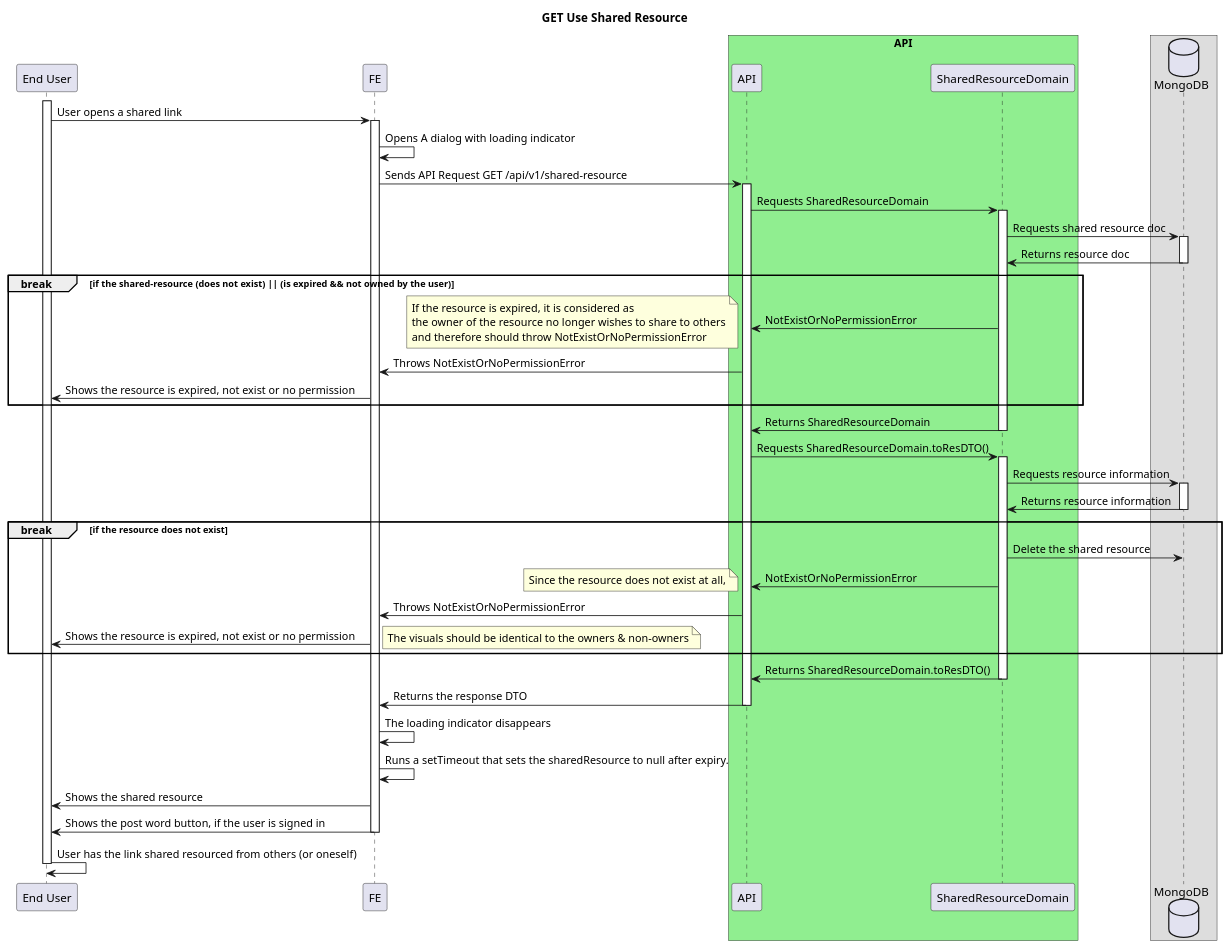
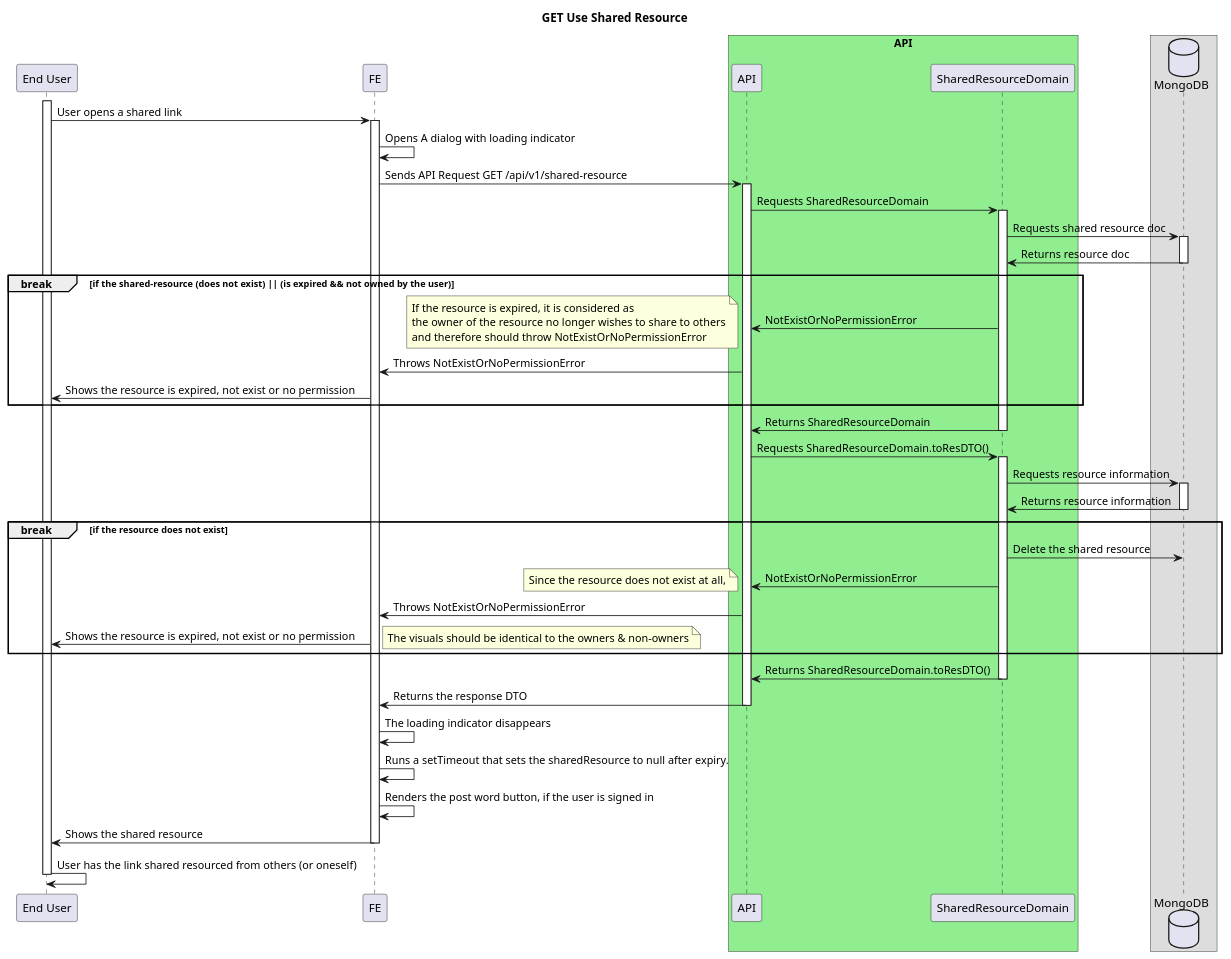
The diagram in dev/diagrams/on-get-shared-resource.md (ajktown/docs), drawn with PlantUML before and after one commit. The commit also changed 1 other file, not shown here.

````diff
--- a/dev/diagrams/on-get-shared-resource.md
+++ b/dev/diagrams/on-get-shared-resource.md
@@ -47,70 +47,70 @@
 ```plantuml
 
 @startuml
 
 title GET Use Shared Resource
 
 participant "End User" as user
 participant "FE" as fe
 box "API" #Lightgreen
   participant "API" as api
   participant "SharedResourceDomain" as domain
 box
 database "MongoDB" as db
 
 activate user
   user -> fe: User opens a shared link
   activate fe
     fe -> fe: Opens A dialog with loading indicator
     fe -> api: Sends API Request GET /api/v1/shared-resource
     activate api
       api -> domain: Requests SharedResourceDomain
       activate domain
         domain -> db: Requests shared resource doc
         activate db
           domain <- db: Returns resource doc
         deactivate db
         break if the shared-resource (does not exist) || (is expired && not owned by the user)
           api <- domain: NotExistOrNoPermissionError
           note left
             If the resource is expired, it is considered as
             the owner of the resource no longer wishes to share to others
             and therefore should throw NotExistOrNoPermissionError
           end note
           fe <- api: Throws NotExistOrNoPermissionError
           user <- fe : Shows the resource is expired, not exist or no permission
         end break
         api <- domain: Returns SharedResourceDomain
         deactivate domain
         api -> domain: Requests SharedResourceDomain.toResDTO()
           activate domain
             domain -> db: Requests resource information
             activate db
               domain <- db: Returns resource information
             deactivate db
             break if the resource does not exist
               domain -> db: Delete the shared resource
               api <- domain: NotExistOrNoPermissionError
               note left
                 Since the resource does not exist at all,
               end note
               fe <- api: Throws NotExistOrNoPermissionError
               user <- fe : Shows the resource is expired, not exist or no permission
               note right
                 The visuals should be identical to the owners & non-owners
               end note
             end break
             api <- domain: Returns SharedResourceDomain.toResDTO()
           deactivate domain
         fe <- api: Returns the response DTO
     deactivate api
-  fe -> fe: The loading indicator disappears
-  fe -> fe: Runs a setTimeout that sets the sharedResource to null after expiry.
-  user <- fe: Shows the shared resource
-  user <- fe: Shows the post word button, if the user is signed in
+    fe -> fe: The loading indicator disappears
+    fe -> fe: Runs a setTimeout that sets the sharedResource to null after expiry.
+    fe -> fe: Renders the post word button, if the user is signed in
+    user <- fe: Shows the shared resource
   deactivate fe
   user -> user: User has the link shared resourced from others (or oneself)
 deactivate user
 
 
 ```
````
